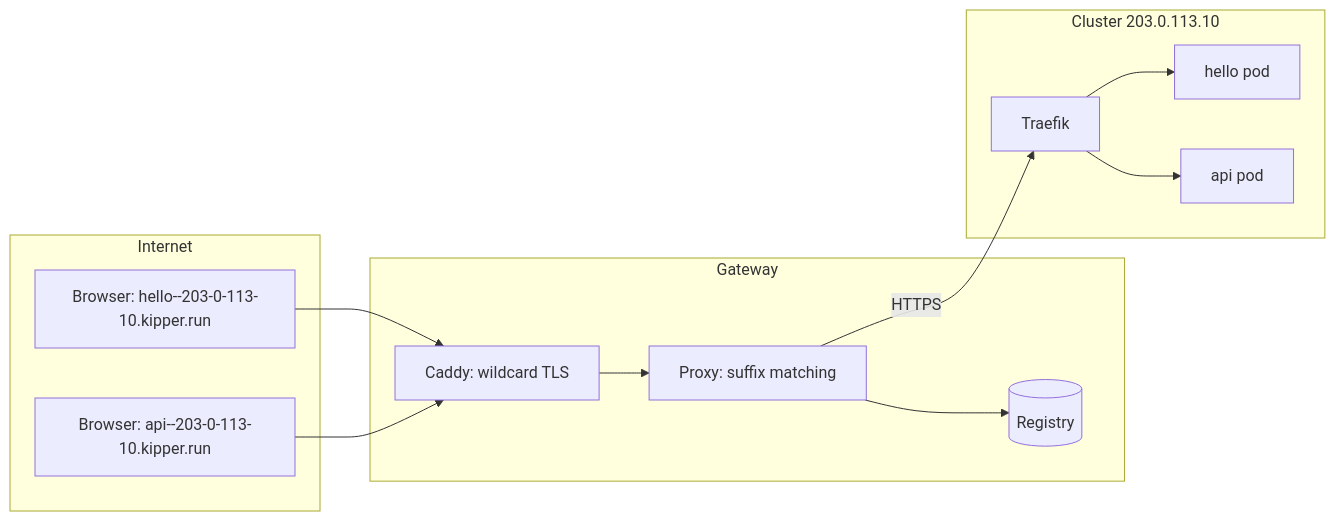
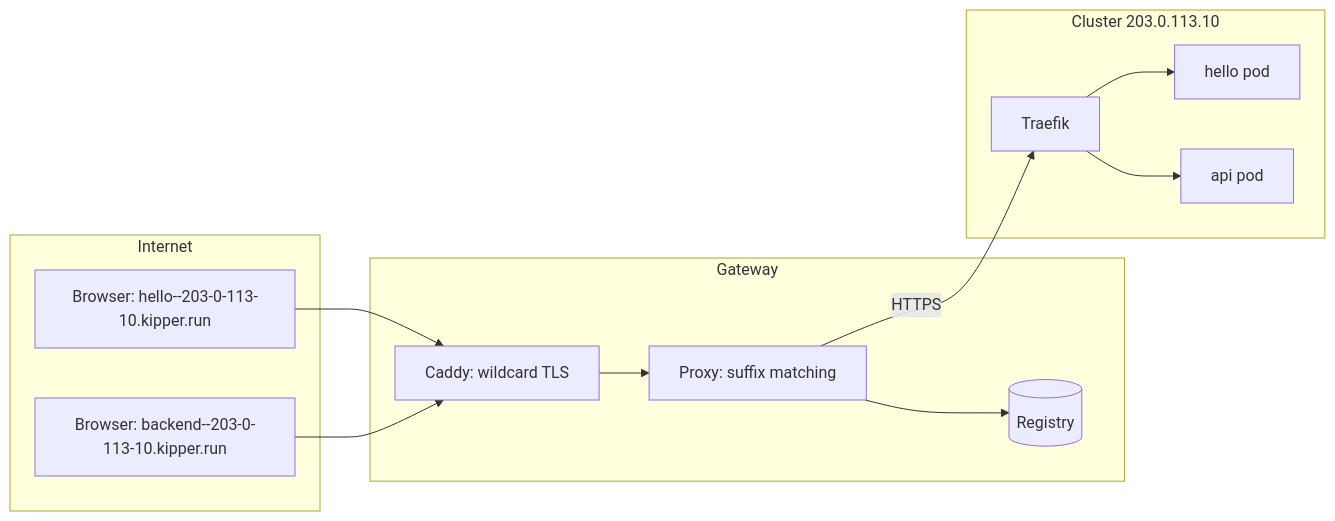
One commit to getkipper/kipper changed the third of 5 diagrams in docs/en/architecture.md. Above: the diagram before and after it, drawn with Mermaid. The commit also changed other lines of this file and 12 other files, not shown here.

Commit message:
docs: rename example app from api to backend

````diff
--- a/docs/en/architecture.md
+++ b/docs/en/architecture.md
@@ -126,27 +126,27 @@
 ```mermaid
 flowchart LR
     subgraph Internet
         B1[Browser: hello--203-0-113-10.kipper.run]
-        B2[Browser: api--203-0-113-10.kipper.run]
+        B2[Browser: backend--203-0-113-10.kipper.run]
     end
 
     subgraph Gateway
         C[Caddy: wildcard TLS]
         P[Proxy: suffix matching]
         R[(Registry)]
     end
 
     subgraph Cluster 203.0.113.10
         T[Traefik]
         A1[hello pod]
         A2[api pod]
     end
 
     B1 --> C
     B2 --> C
     C --> P
     P --> R
     P -->|HTTPS| T
     T --> A1
     T --> A2
 ```
````
